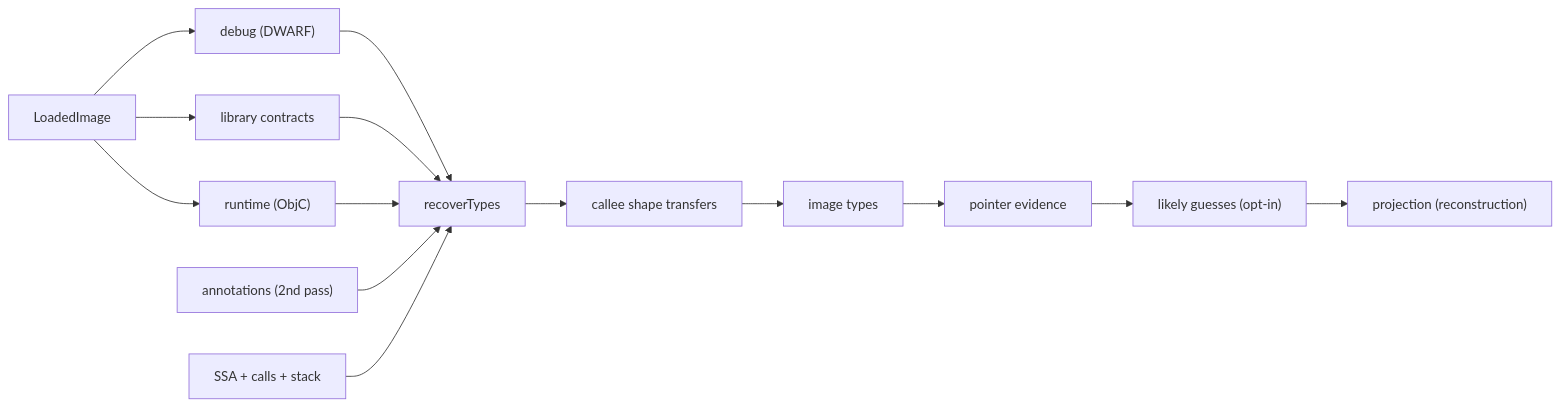
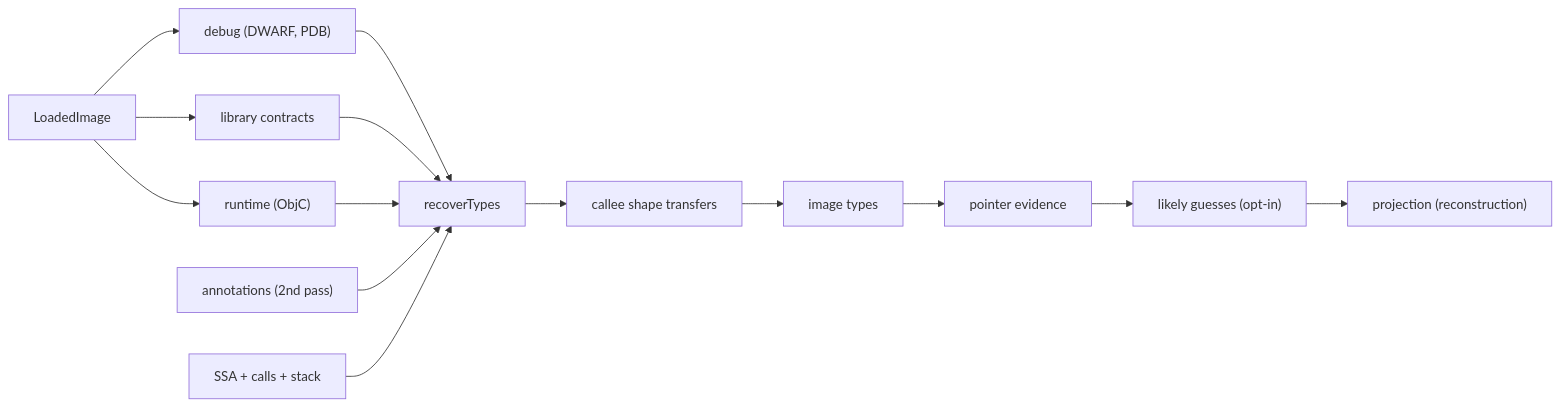
One commit to DimitriFourny/open-decomp changed the first of 2 diagrams in docs/internals/types-metadata.md. Above: the diagram before and after it, drawn with Mermaid. The commit also changed other lines of this file and 26 other files, not shown here.

````diff
--- a/docs/internals/types-metadata.md
+++ b/docs/internals/types-metadata.md
@@ -19,16 +19,16 @@
 ```mermaid
 flowchart LR
-  IMG["LoadedImage"] --> DBG["debug (DWARF)"]
+  IMG["LoadedImage"] --> DBG["debug (DWARF, PDB)"]
   IMG --> LIB["library contracts"]
   IMG --> RTM["runtime (ObjC)"]
   DBG --> REC["recoverTypes"]
   LIB --> REC
   RTM --> REC
   ANN["annotations (2nd pass)"] --> REC
   SSA["SSA + calls + stack"] --> REC
   REC --> RS["callee shape transfers"]
   RS --> IT["image types"]
   IT --> PE["pointer evidence"]
   PE --> LK["likely guesses (opt-in)"]
   LK --> PJ["projection (reconstruction)"]
 ```
````
